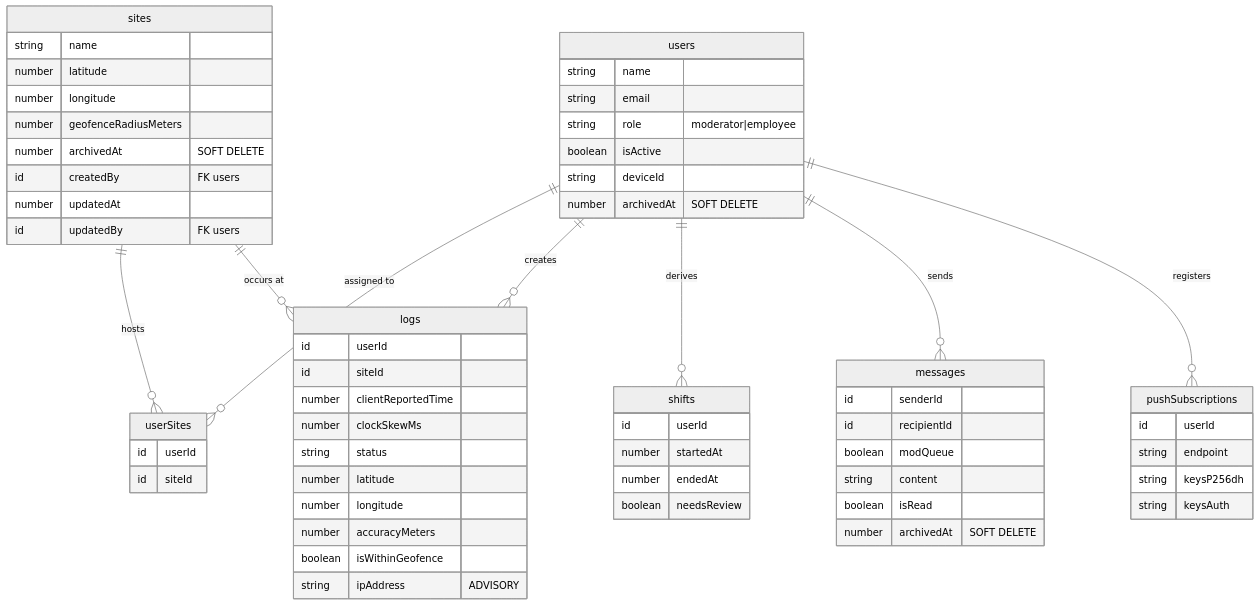
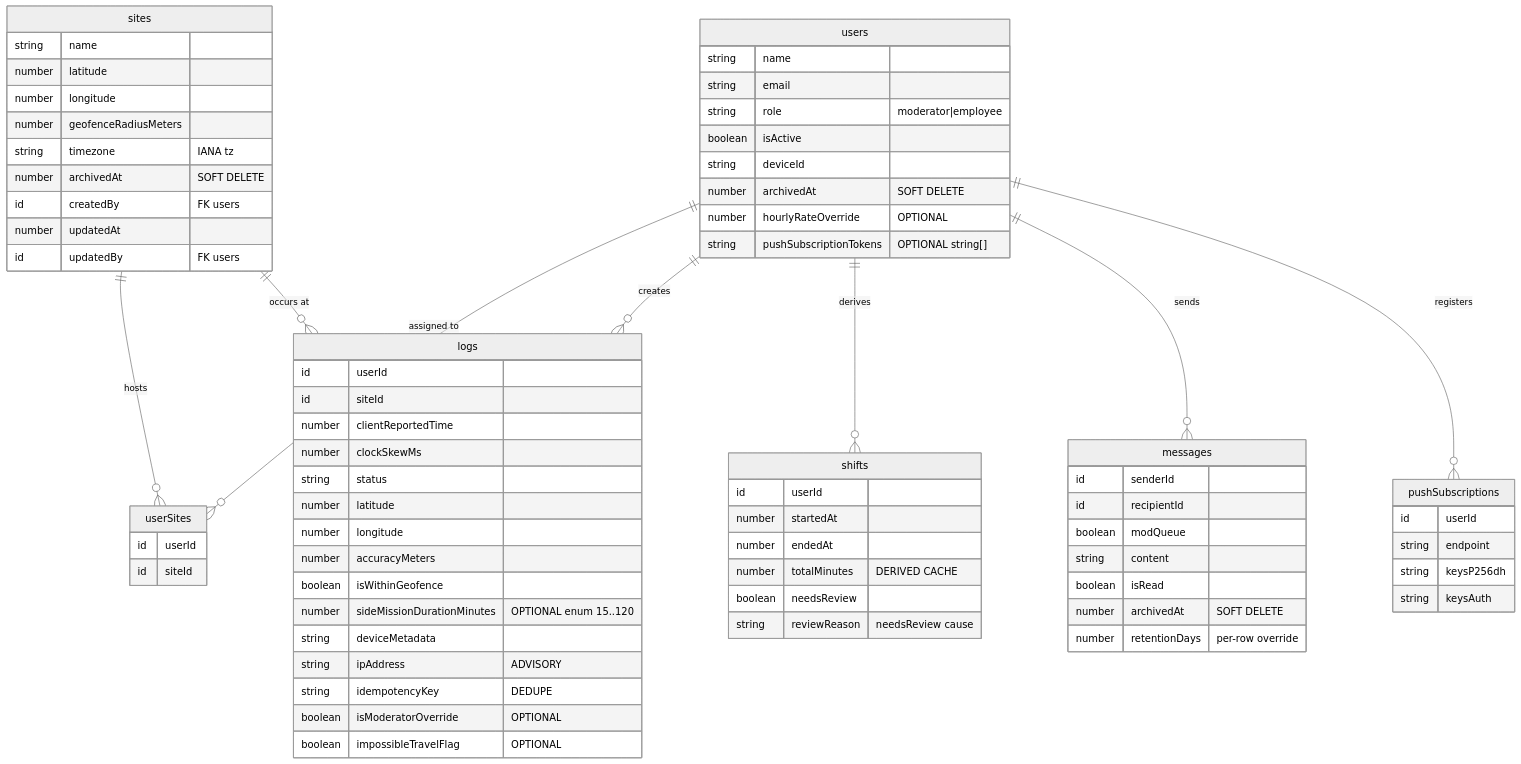
Before and after one commit to TeacherEvan/J-pay: the second of 5 diagrams in j-pay.md, drawn with Mermaid (neutral theme). The commit also changed other lines of this file and 4 other files, not shown here.

Commit message:
docs(j-pay): v1.2.1 — sync ERD to schema, resolve review residue, extend gates

````diff
--- a/j-pay.md
+++ b/j-pay.md
@@ -323,65 +329,76 @@
 ```mermaid
 erDiagram
     users ||--o{ userSites : "assigned to"
     sites ||--o{ userSites : "hosts"
     users ||--o{ logs : "creates"
     sites ||--o{ logs : "occurs at"
     users ||--o{ shifts : "derives"
     users ||--o{ messages : "sends"
     users ||--o{ pushSubscriptions : "registers"
 
     users {
         string name
         string email
         string role "moderator|employee"
         boolean isActive
         string deviceId
         number archivedAt "SOFT DELETE"
+        number hourlyRateOverride "OPTIONAL"
+        string pushSubscriptionTokens "OPTIONAL string[]"
     }
     sites {
         string name
         number latitude
         number longitude
         number geofenceRadiusMeters
+        string timezone "IANA tz"
         number archivedAt "SOFT DELETE"
         id createdBy "FK users"
         number updatedAt
         id updatedBy "FK users"
     }
     userSites {
         id userId
         id siteId
     }
     logs {
         id userId
         id siteId
         number clientReportedTime
         number clockSkewMs
         string status
         number latitude
         number longitude
         number accuracyMeters
         boolean isWithinGeofence
+        number sideMissionDurationMinutes "OPTIONAL enum 15..120"
+        string deviceMetadata
         string ipAddress "ADVISORY"
+        string idempotencyKey "DEDUPE"
+        boolean isModeratorOverride "OPTIONAL"
+        boolean impossibleTravelFlag "OPTIONAL"
     }
     shifts {
         id userId
         number startedAt
         number endedAt
+        number totalMinutes "DERIVED CACHE"
         boolean needsReview
+        string reviewReason "needsReview cause"
     }
     messages {
         id senderId
         id recipientId
         boolean modQueue
         string content
         boolean isRead
         number archivedAt "SOFT DELETE"
+        number retentionDays "per-row override"
     }
     pushSubscriptions {
         id userId
         string endpoint
         string keysP256dh
         string keysAuth
     }
 ```
````
